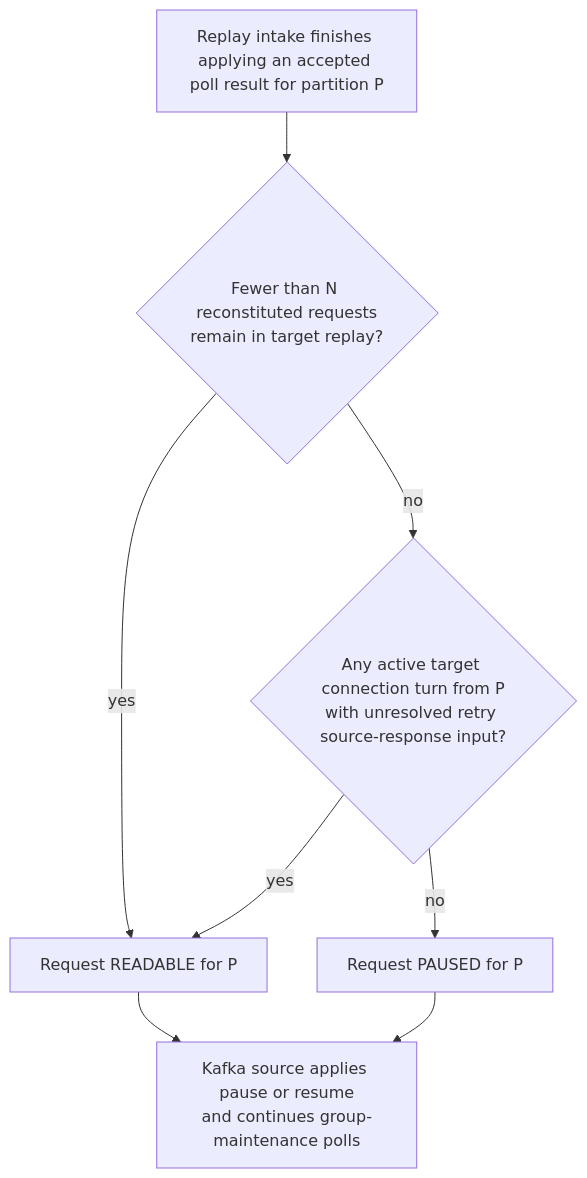
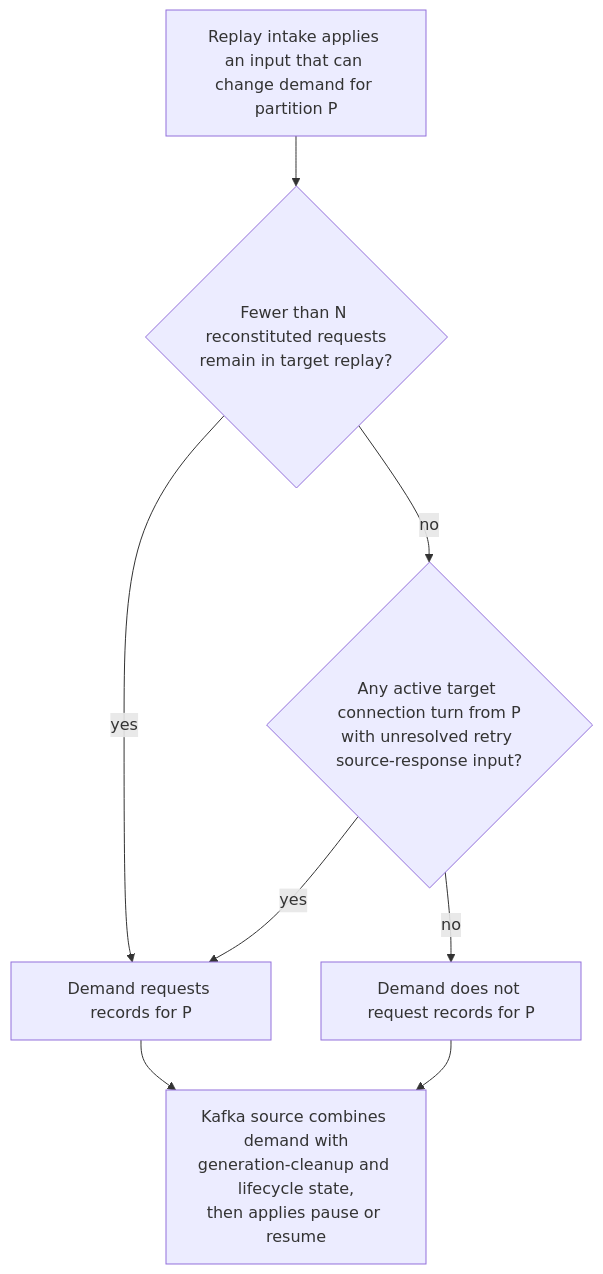
Before and after one commit to opensearch-project/opensearch-migrations: the second of 4 diagrams in docs/replayerProcessingAndCommitArchitecture.md, drawn with Mermaid. The commit also changed other lines of this file and 3 other files, not shown here.

````diff
--- a/docs/replayerProcessingAndCommitArchitecture.md
+++ b/docs/replayerProcessingAndCommitArchitecture.md
@@ -918,17 +970,17 @@
 ```mermaid
 flowchart TD
-    A["Replay intake finishes applying an accepted poll result for partition P"]
+    A["Replay intake applies an input that can change demand for partition P"]
     B{"Fewer than N reconstituted requests<br/>remain in target replay?"}
     C{"Any active target connection turn from P<br/>with unresolved retry source-response input?"}
-    D["Request READABLE for P"]
-    E["Request PAUSED for P"]
-    F["Kafka source applies pause or resume<br/>and continues group-maintenance polls"]
+    D["Demand requests records for P"]
+    E["Demand does not request records for P"]
+    F["Kafka source combines demand with<br/>generation-cleanup and lifecycle state,<br/>then applies pause or resume"]
 
     A --> B
     B -->|"yes"| D
     B -->|"no"| C
     C -->|"yes"| D
     C -->|"no"| E
     D --> F
     E --> F
 ```
````
